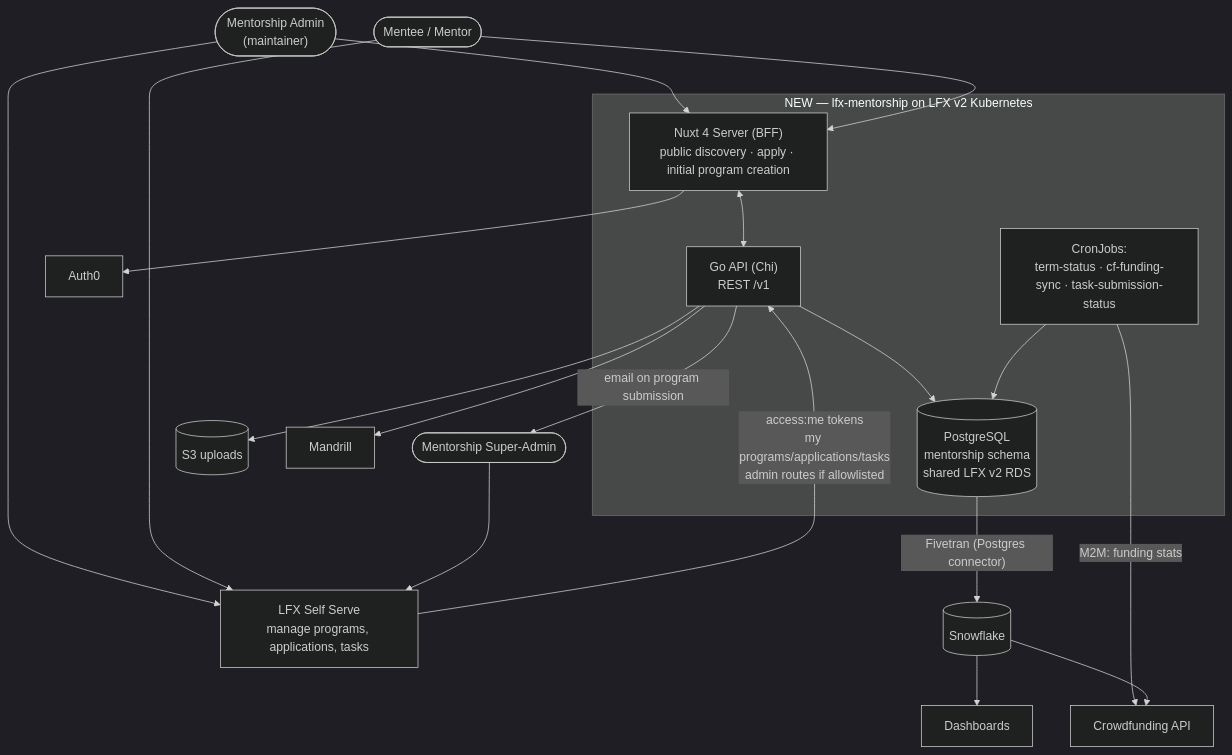
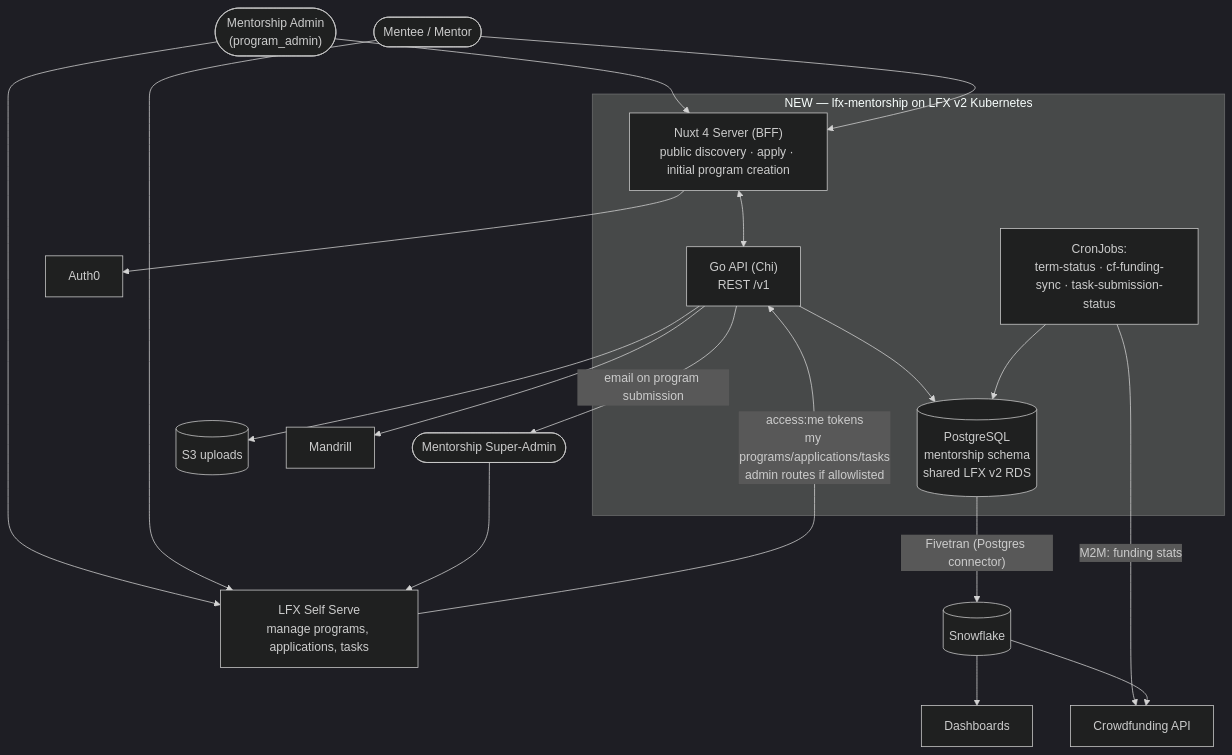
Before and after one commit to linuxfoundation/lfx-mentorship: the first of 2 diagrams in docs/rewrite/02-target-architecture.md, drawn with Mermaid (dark theme). The commit also changed other lines of this file and 16 other files, not shown here.

````diff
--- a/docs/rewrite/02-target-architecture.md
+++ b/docs/rewrite/02-target-architecture.md
@@ -21,36 +21,36 @@
 ```mermaid
 flowchart TB
-    ADMIN(["Mentorship Admin<br/>(maintainer)"])
+    ADMIN(["Mentorship Admin<br/>(program_admin)"])
     USERS(["Mentee / Mentor"])
     SUPER(["Mentorship Super-Admin"])
 
     subgraph K8S["NEW — lfx-mentorship on LFX v2 Kubernetes"]
         NUXT["Nuxt 4 Server (BFF)<br/>public discovery · apply · initial program creation"]
         API["Go API (Chi)<br/>REST /v1"]
         PG[("PostgreSQL<br/>mentorship schema<br/>shared LFX v2 RDS")]
         CRONS["CronJobs:<br/>term-status · cf-funding-sync · task-submission-status"]
     end
 
     SS["LFX Self Serve<br/>manage programs, applications, tasks"]
     AUTH0["Auth0"]
     S3[("S3 uploads")]
     MANDRILL["Mandrill"]
     CFAPI["Crowdfunding API"]
     SF[("Snowflake")]
     DASH["Dashboards"]
 
     ADMIN & USERS --> NUXT
     ADMIN & USERS & SUPER --> SS
     NUXT <--> API
     NUXT --> AUTH0
     API --> PG
     API --> S3
     API --> MANDRILL
     API -- "email on program submission" --> SUPER
     SS -- "access:me tokens<br/>my programs/applications/tasks<br/>admin routes if allowlisted" --> API
     CRONS --> PG
     CRONS -- "M2M: funding stats" --> CFAPI
     PG -- "Fivetran (Postgres connector)" --> SF
     SF --> DASH
     SF --> CFAPI
 ```
````
